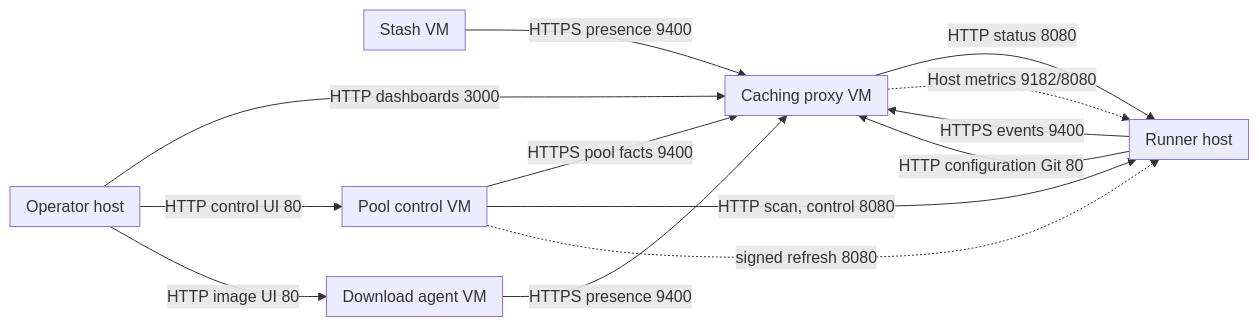
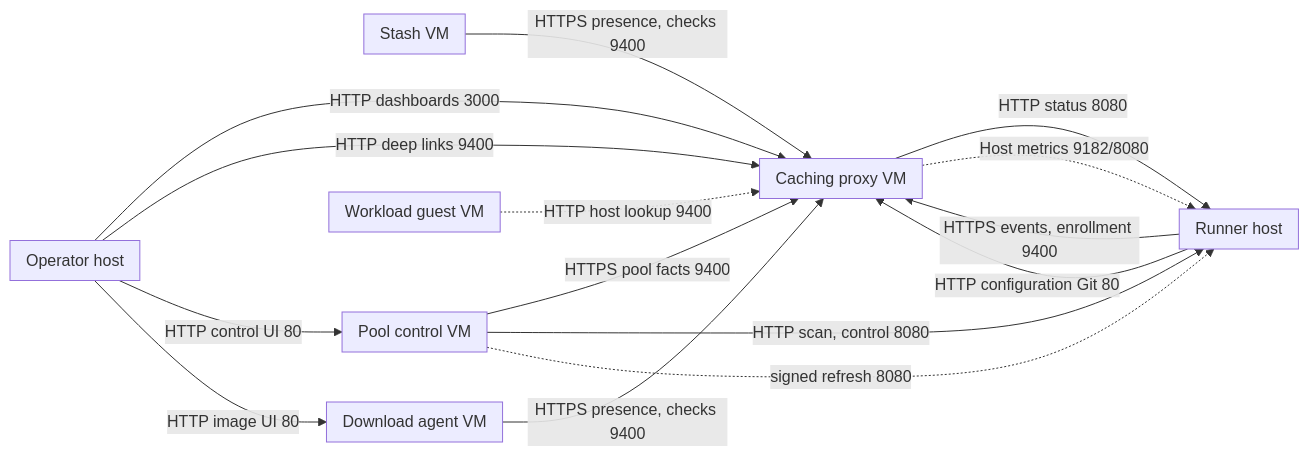
One commit to alissonsol/yuruna changed the fourth of 11 diagrams in docs/design/06-deployment.md. Above: the diagram before and after it, drawn with Mermaid. The commit also changed other lines of this file and 1627 other files, not shown here.

````diff
--- a/docs/design/06-deployment.md
+++ b/docs/design/06-deployment.md
@@ -265,29 +273,34 @@
 ```mermaid
 flowchart LR
     subgraph operator-host["Operator host"]
     end
     subgraph host["Runner host"]
+    end
+    subgraph guest["Workload guest VM"]
     end
     subgraph caching-proxy-service["Caching proxy VM"]
     end
     subgraph pool-control-service["Pool control VM"]
     end
     subgraph download-agent-service["Download agent VM"]
     end
     subgraph stash-service["Stash VM"]
     end
     operator-host -->|HTTP dashboards 3000| caching-proxy-service
+    operator-host -->|HTTP deep links 9400| caching-proxy-service
     operator-host -->|HTTP control UI 80| pool-control-service
     operator-host -->|HTTP image UI 80| download-agent-service
-    host -->|HTTPS events 9400| caching-proxy-service
+    host -->|HTTPS events, enrollment 9400| caching-proxy-service
     caching-proxy-service -->|HTTP status 8080| host
     host -->|HTTP configuration Git 80| caching-proxy-service
     pool-control-service -->|HTTPS pool facts 9400| caching-proxy-service
-    download-agent-service -->|HTTPS presence 9400| caching-proxy-service
-    stash-service -->|HTTPS presence 9400| caching-proxy-service
+    download-agent-service -->|HTTPS presence, checks 9400| caching-proxy-service
+    stash-service -->|HTTPS presence, checks 9400| caching-proxy-service
     pool-control-service -->|HTTP scan, control 8080| host
+    %% optional: guests ask for a new host address when the saved one stops answering.
+    guest -.->|HTTP host lookup 9400| caching-proxy-service
     %% optional: remote refresh requires configured authority and operator credentials.
     pool-control-service -.->|signed refresh 8080| host
     %% optional: windows_exporter on Windows hosts; status-listener memory metrics on Ubuntu and macOS hosts.
     caching-proxy-service -.->|Host metrics 9182/8080| host
 ```
````
